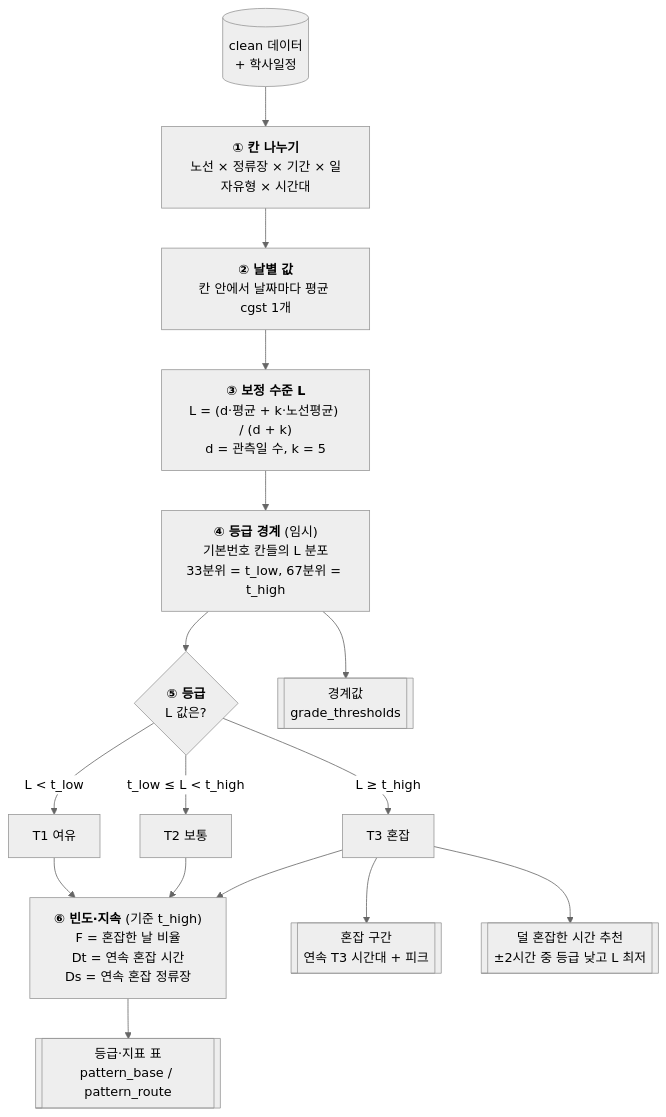
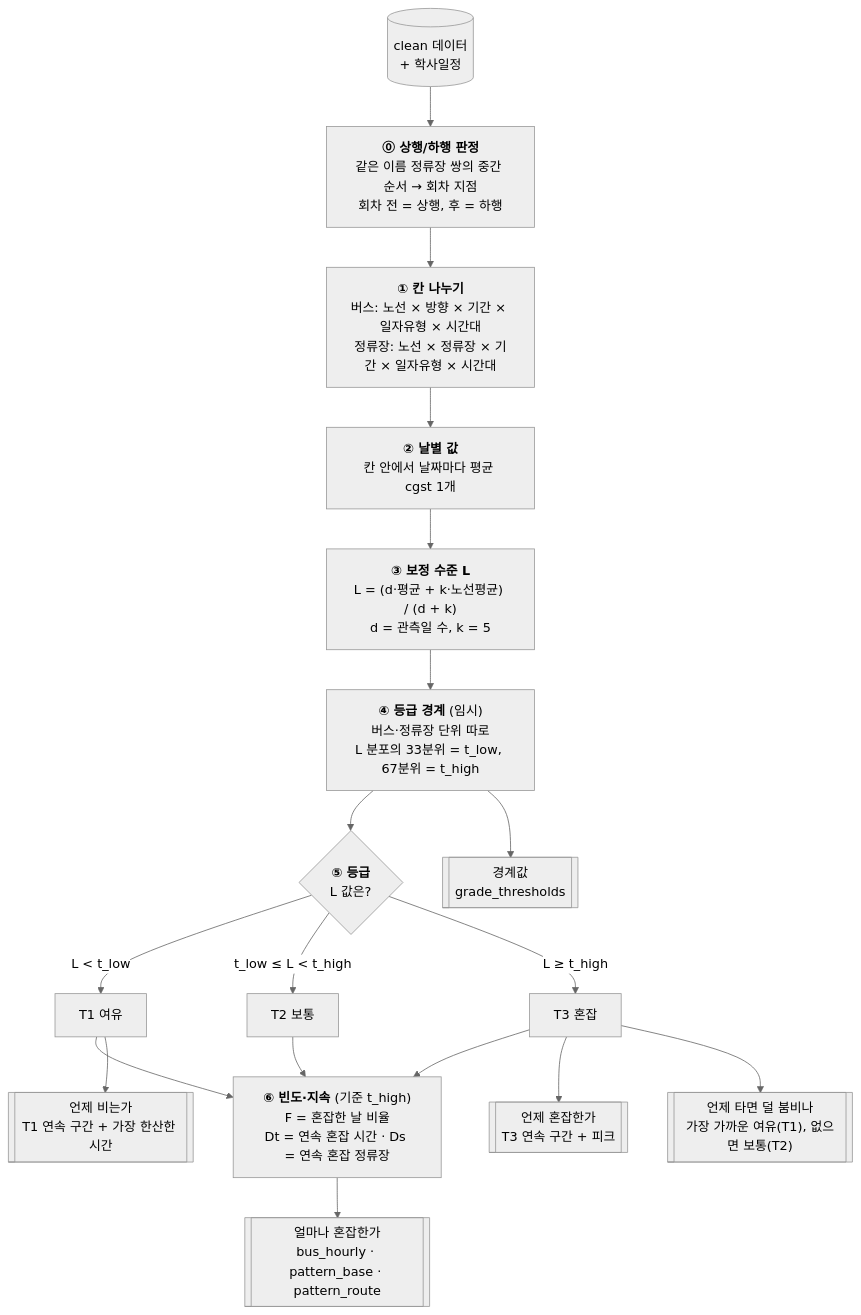
The sixth of 10 diagrams in docs/architecture.md (Nuloi/team8-capstone), drawn with Mermaid (neutral theme) before and after one commit. The commit also changed other lines of this file and 14 other files, not shown here.

````diff
--- a/docs/architecture.md
+++ b/docs/architecture.md
@@ -253,26 +259,29 @@
 ```mermaid
 flowchart TB
     IN[("clean 데이터<br/>+ 학사일정")]
-    S1["<b>① 칸 나누기</b><br/>노선 × 정류장 × 기간 × 일자유형 × 시간대"]
+    S0["<b>⓪ 상행/하행 판정</b><br/>같은 이름 정류장 쌍의 중간 순서 → 회차 지점<br/>회차 전 = 상행, 후 = 하행"]
+    S1["<b>① 칸 나누기</b><br/>버스: 노선 × 방향 × 기간 × 일자유형 × 시간대<br/>정류장: 노선 × 정류장 × 기간 × 일자유형 × 시간대"]
     S2["<b>② 날별 값</b><br/>칸 안에서 날짜마다 평균 cgst 1개"]
     S3["<b>③ 보정 수준 L</b><br/>L = (d·평균 + k·노선평균) / (d + k)<br/>d = 관측일 수, k = 5"]
-    S4["<b>④ 등급 경계</b> (임시)<br/>기본번호 칸들의 L 분포<br/>33분위 = t_low, 67분위 = t_high"]
+    S4["<b>④ 등급 경계</b> (임시)<br/>버스·정류장 단위 따로<br/>L 분포의 33분위 = t_low, 67분위 = t_high"]
     S5{"<b>⑤ 등급</b><br/>L 값은?"}
     G1["T1 여유"]
     G2["T2 보통"]
     G3["T3 혼잡"]
-    S6["<b>⑥ 빈도·지속</b> (기준 t_high)<br/>F = 혼잡한 날 비율<br/>Dt = 연속 혼잡 시간<br/>Ds = 연속 혼잡 정류장"]
-    O1[["혼잡 구간<br/>연속 T3 시간대 + 피크"]]
-    O2[["덜 혼잡한 시간 추천<br/>±2시간 중 등급 낮고 L 최저"]]
-    O3[["등급·지표 표<br/>pattern_base / pattern_route"]]
+    S6["<b>⑥ 빈도·지속</b> (기준 t_high)<br/>F = 혼잡한 날 비율<br/>Dt = 연속 혼잡 시간 · Ds = 연속 혼잡 정류장"]
+    O0[["얼마나 혼잡한가<br/>bus_hourly · pattern_base · pattern_route"]]
+    O1[["언제 혼잡한가<br/>T3 연속 구간 + 피크"]]
+    O2[["언제 비는가<br/>T1 연속 구간 + 가장 한산한 시간"]]
+    O3[["언제 타면 덜 붐비나<br/>가장 가까운 여유(T1), 없으면 보통(T2)"]]
     O4[["경계값<br/>grade_thresholds"]]
 
-    IN --> S1 --> S2 --> S3 --> S4 --> S5
+    IN --> S0 --> S1 --> S2 --> S3 --> S4 --> S5
     S5 -- "L < t_low" --> G1
     S5 -- "t_low ≤ L < t_high" --> G2
     S5 -- "L ≥ t_high" --> G3
-    G1 & G2 & G3 --> S6 --> O3
+    G1 & G2 & G3 --> S6 --> O0
     G3 --> O1
-    G3 --> O2
+    G1 --> O2
+    G3 --> O3
     S4 --> O4
 ```
````
